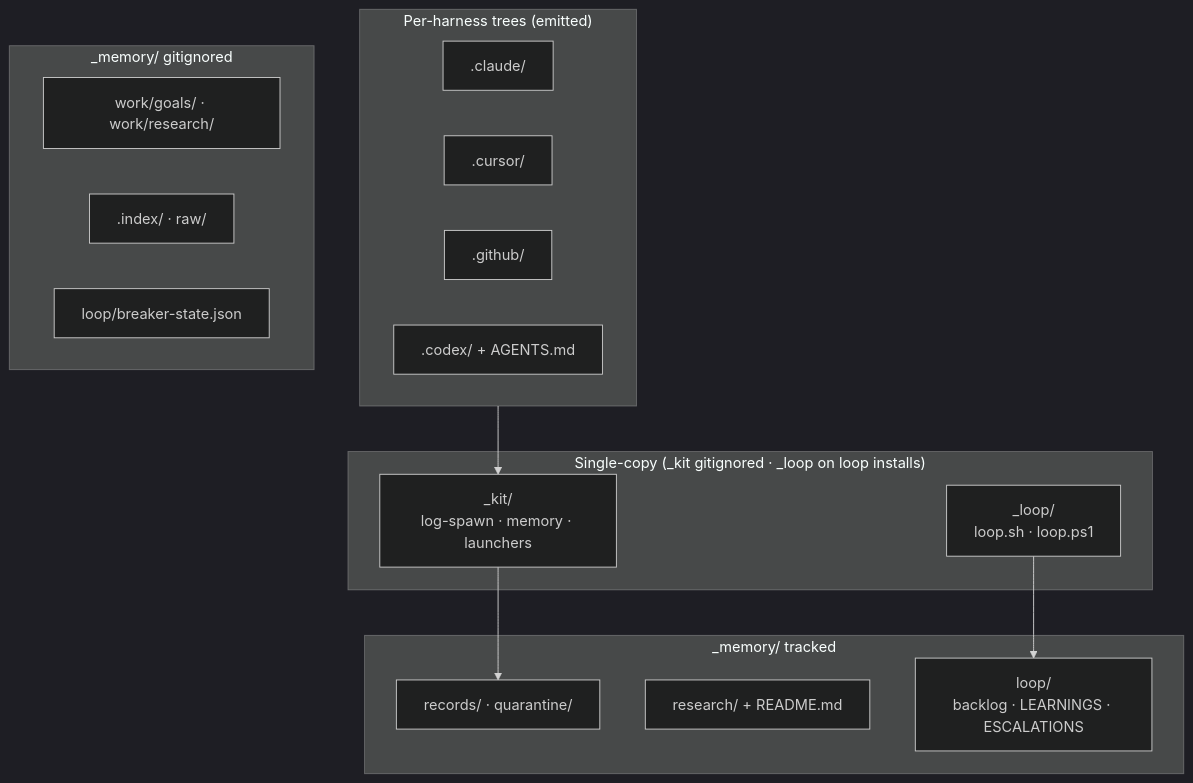
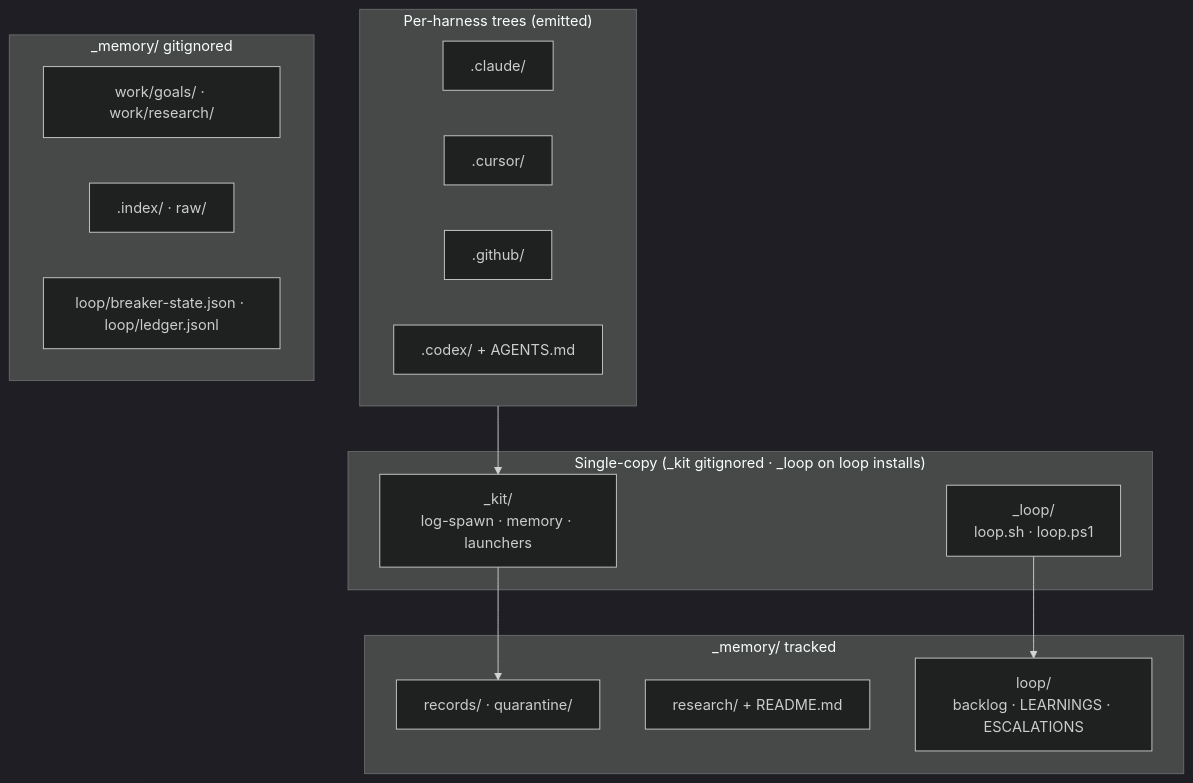
The fourth of 12 diagrams in docs/agent-kit/guide/architecture.md (kdcllc/skills), drawn with Mermaid (dark theme) before and after one commit. The commit also changed other lines of this file and 128 other files, not shown here.

````diff
--- a/docs/agent-kit/guide/architecture.md
+++ b/docs/agent-kit/guide/architecture.md
@@ -100,30 +100,30 @@
 ```mermaid
 flowchart TD
     subgraph harnessTrees ["Per-harness trees (emitted)"]
         Claude[".claude/"]
         Cursor[".cursor/"]
         GitHub[".github/"]
         Codex[".codex/ + AGENTS.md"]
     end
 
     subgraph singleCopy ["Single-copy (_kit gitignored · _loop on loop installs)"]
         Kit["_kit/\nlog-spawn · memory · launchers"]
         Loop["_loop/\nloop.sh · loop.ps1"]
     end
 
     subgraph memTracked ["_memory/ tracked"]
         Rec["records/ · quarantine/"]
         ResIdx["research/ + README.md"]
         LoopMem["loop/\nbacklog · LEARNINGS · ESCALATIONS"]
     end
 
     subgraph memIgnored ["_memory/ gitignored"]
         Work["work/goals/ · work/research/"]
         Derive[".index/ · raw/"]
-        Brk["loop/breaker-state.json"]
+        Brk["loop/breaker-state.json · loop/ledger.jsonl"]
     end
 
     harnessTrees --> Kit
     Loop --> LoopMem
     Kit --> Rec
 ```
````
